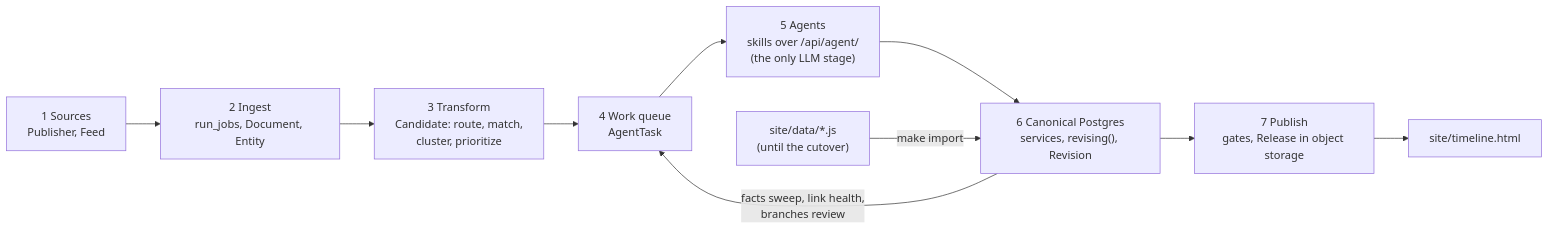
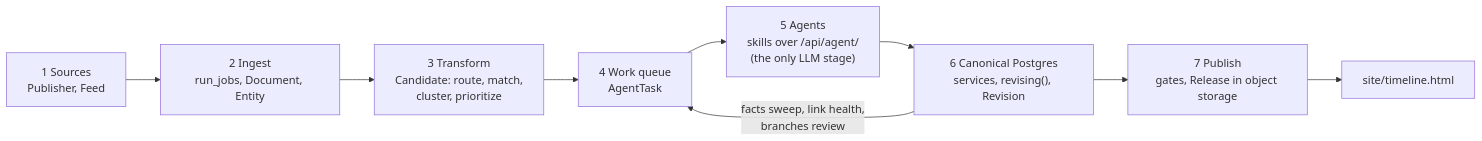
The diagram in docs/guide/architecture.md (dimays/humanitributary), drawn with Mermaid before and after one commit. The commit also changed other lines of this file and 201 other files, not shown here.

````diff
--- a/docs/guide/architecture.md
+++ b/docs/guide/architecture.md
@@ -22,12 +22,11 @@
 ```mermaid
 flowchart LR
     S["1 Sources<br/>Publisher, Feed"] --> I["2 Ingest<br/>run_jobs, Document, Entity"]
     I --> T["3 Transform<br/>Candidate: route, match,<br/>cluster, prioritize"]
     T --> Q["4 Work queue<br/>AgentTask"]
     Q --> A["5 Agents<br/>skills over /api/agent/<br/>(the only LLM stage)"]
     A --> C["6 Canonical Postgres<br/>services, revising(), Revision"]
-    L["site/data/*.js<br/>(until the cutover)"] -- "make import" --> C
     C -- "facts sweep, link health,<br/>branches review" --> Q
     C --> P["7 Publish<br/>gates, Release in object storage"]
     P --> W["site/timeline.html"]
 ```
````
